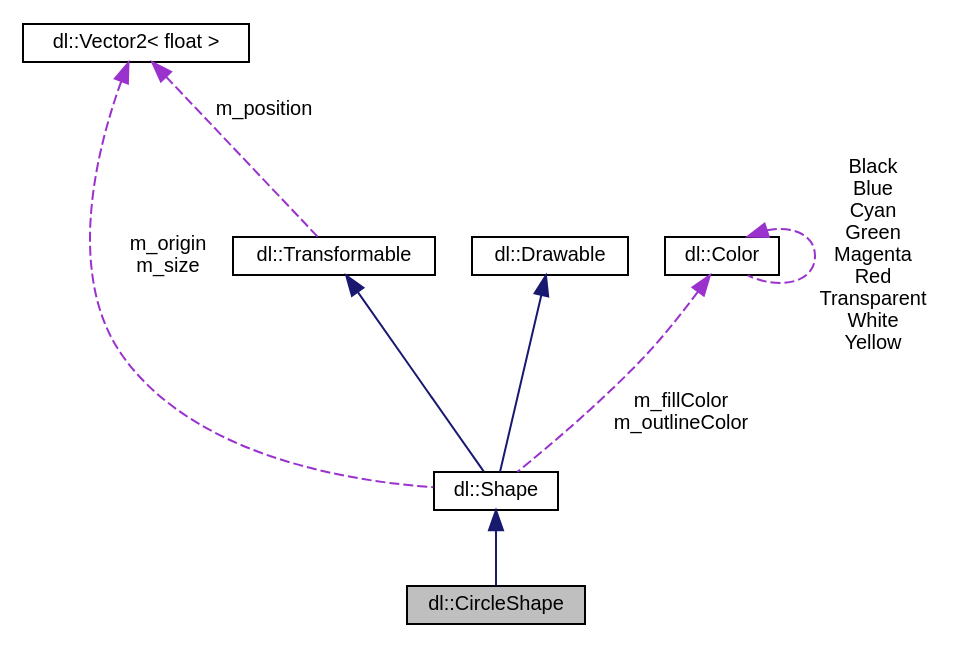
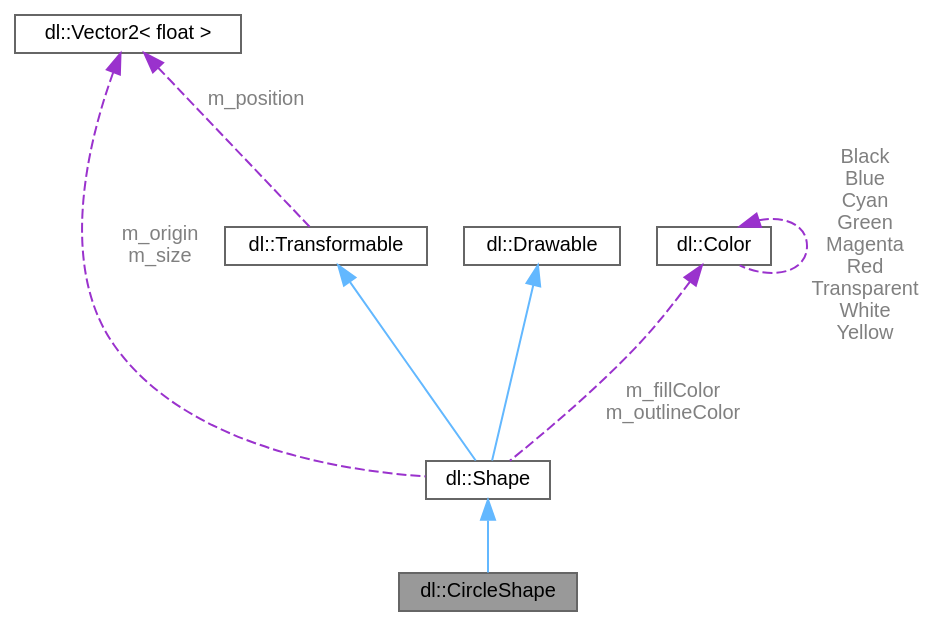
One commit to Dogbonee/Dualie changed the diagram in docs/classdl_1_1CircleShape__coll__graph.dot. Above: the diagram before and after it, drawn with Graphviz. The commit also changed 198 other files, not shown here.

```diff
--- a/docs/classdl_1_1CircleShape__coll__graph.dot
+++ b/docs/classdl_1_1CircleShape__coll__graph.dot
@@ -1,19 +1,20 @@
 digraph "dl::CircleShape"
 {
  // LATEX_PDF_SIZE
-  edge [fontname="Helvetica",fontsize="10",labelfontname="Helvetica",labelfontsize="10"];
-  node [fontname="Helvetica",fontsize="10",shape=record];
-  Node1 [label="dl::CircleShape",height=0.2,width=0.4,color="black", fillcolor="grey75", style="filled", fontcolor="black",tooltip="A circle shape."];
-  Node2 -> Node1 [dir="back",color="midnightblue",fontsize="10",style="solid",fontname="Helvetica"];
-  Node2 [label="dl::Shape",height=0.2,width=0.4,color="black", fillcolor="white", style="filled",URL="$classdl_1_1Shape.html",tooltip="The base class for any shape."];
-  Node3 -> Node2 [dir="back",color="midnightblue",fontsize="10",style="solid",fontname="Helvetica"];
-  Node3 [label="dl::Transformable",height=0.2,width=0.4,color="black", fillcolor="white", style="filled",URL="$classdl_1_1Transformable.html",tooltip="A base class for anything that has a position on the screen."];
-  Node4 -> Node3 [dir="back",color="darkorchid3",fontsize="10",style="dashed",label=" m_position" ,fontname="Helvetica"];
-  Node4 [label="dl::Vector2\< float \>",height=0.2,width=0.4,color="black", fillcolor="white", style="filled",URL="$classdl_1_1Vector2.html",tooltip=" "];
-  Node5 -> Node2 [dir="back",color="midnightblue",fontsize="10",style="solid",fontname="Helvetica"];
-  Node5 [label="dl::Drawable",height=0.2,width=0.4,color="black", fillcolor="white", style="filled",URL="$classdl_1_1Drawable.html",tooltip="The base class for any object that can be drawn to the screen."];
-  Node6 -> Node2 [dir="back",color="darkorchid3",fontsize="10",style="dashed",label=" m_fillColor\nm_outlineColor" ,fontname="Helvetica"];
-  Node6 [label="dl::Color",height=0.2,width=0.4,color="black", fillcolor="white", style="filled",URL="$classdl_1_1Color.html",tooltip="A class used to describe a RGBA color."];
-  Node6 -> Node6 [dir="back",color="darkorchid3",fontsize="10",style="dashed",label=" Black\nBlue\nCyan\nGreen\nMagenta\nRed\nTransparent\nWhite\nYellow" ,fontname="Helvetica"];
-  Node4 -> Node2 [dir="back",color="darkorchid3",fontsize="10",style="dashed",label=" m_origin\nm_size" ,fontname="Helvetica"];
+  bgcolor="transparent";
+  edge [fontname=Helvetica,fontsize=10,labelfontname=Helvetica,labelfontsize=10];
+  node [fontname=Helvetica,fontsize=10,shape=box,height=0.2,width=0.4];
+  Node1 [id="Node000001",label="dl::CircleShape",height=0.2,width=0.4,color="gray40", fillcolor="grey60", style="filled", fontcolor="black",tooltip="A circle shape."];
+  Node2 -> Node1 [id="edge1_Node000001_Node000002",dir="back",color="steelblue1",style="solid",tooltip=" "];
+  Node2 [id="Node000002",label="dl::Shape",height=0.2,width=0.4,color="gray40", fillcolor="white", style="filled",URL="$classdl_1_1Shape.html",tooltip="The base class for any shape."];
+  Node3 -> Node2 [id="edge2_Node000002_Node000003",dir="back",color="steelblue1",style="solid",tooltip=" "];
+  Node3 [id="Node000003",label="dl::Transformable",height=0.2,width=0.4,color="gray40", fillcolor="white", style="filled",URL="$classdl_1_1Transformable.html",tooltip="A base class for anything that has a position on the screen."];
+  Node4 -> Node3 [id="edge3_Node000003_Node000004",dir="back",color="darkorchid3",style="dashed",tooltip=" ",label=" m_position",fontcolor="grey" ];
+  Node4 [id="Node000004",label="dl::Vector2\< float \>",height=0.2,width=0.4,color="gray40", fillcolor="white", style="filled",URL="$classdl_1_1Vector2.html",tooltip=" "];
+  Node5 -> Node2 [id="edge4_Node000002_Node000005",dir="back",color="steelblue1",style="solid",tooltip=" "];
+  Node5 [id="Node000005",label="dl::Drawable",height=0.2,width=0.4,color="gray40", fillcolor="white", style="filled",URL="$classdl_1_1Drawable.html",tooltip="The base class for any object that can be drawn to the screen."];
+  Node6 -> Node2 [id="edge5_Node000002_Node000006",dir="back",color="darkorchid3",style="dashed",tooltip=" ",label=" m_fillColor\nm_outlineColor",fontcolor="grey" ];
+  Node6 [id="Node000006",label="dl::Color",height=0.2,width=0.4,color="gray40", fillcolor="white", style="filled",URL="$classdl_1_1Color.html",tooltip="A class used to describe a RGBA color."];
+  Node6 -> Node6 [id="edge6_Node000006_Node000006",dir="back",color="darkorchid3",style="dashed",tooltip=" ",label=" Black\nBlue\nCyan\nGreen\nMagenta\nRed\nTransparent\nWhite\nYellow",fontcolor="grey" ];
+  Node4 -> Node2 [id="edge7_Node000002_Node000004",dir="back",color="darkorchid3",style="dashed",tooltip=" ",label=" m_origin\nm_size",fontcolor="grey" ];
 }
```
